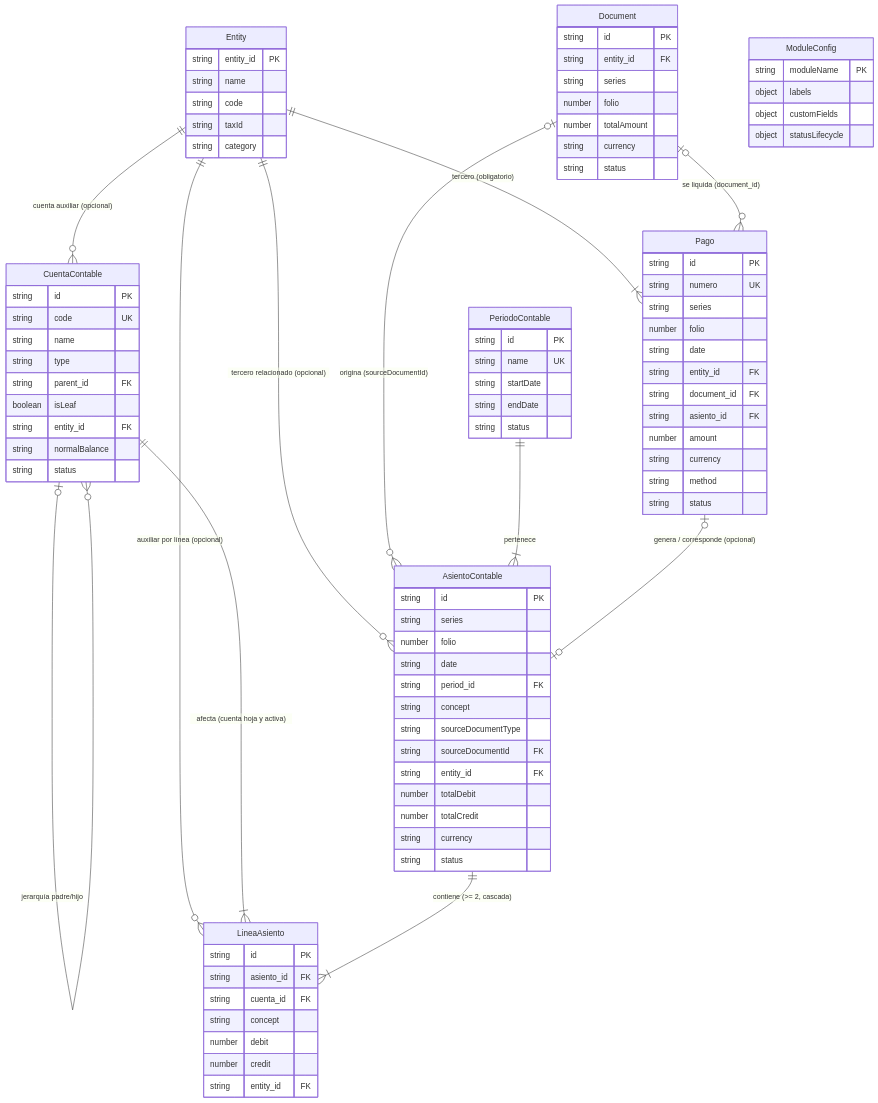
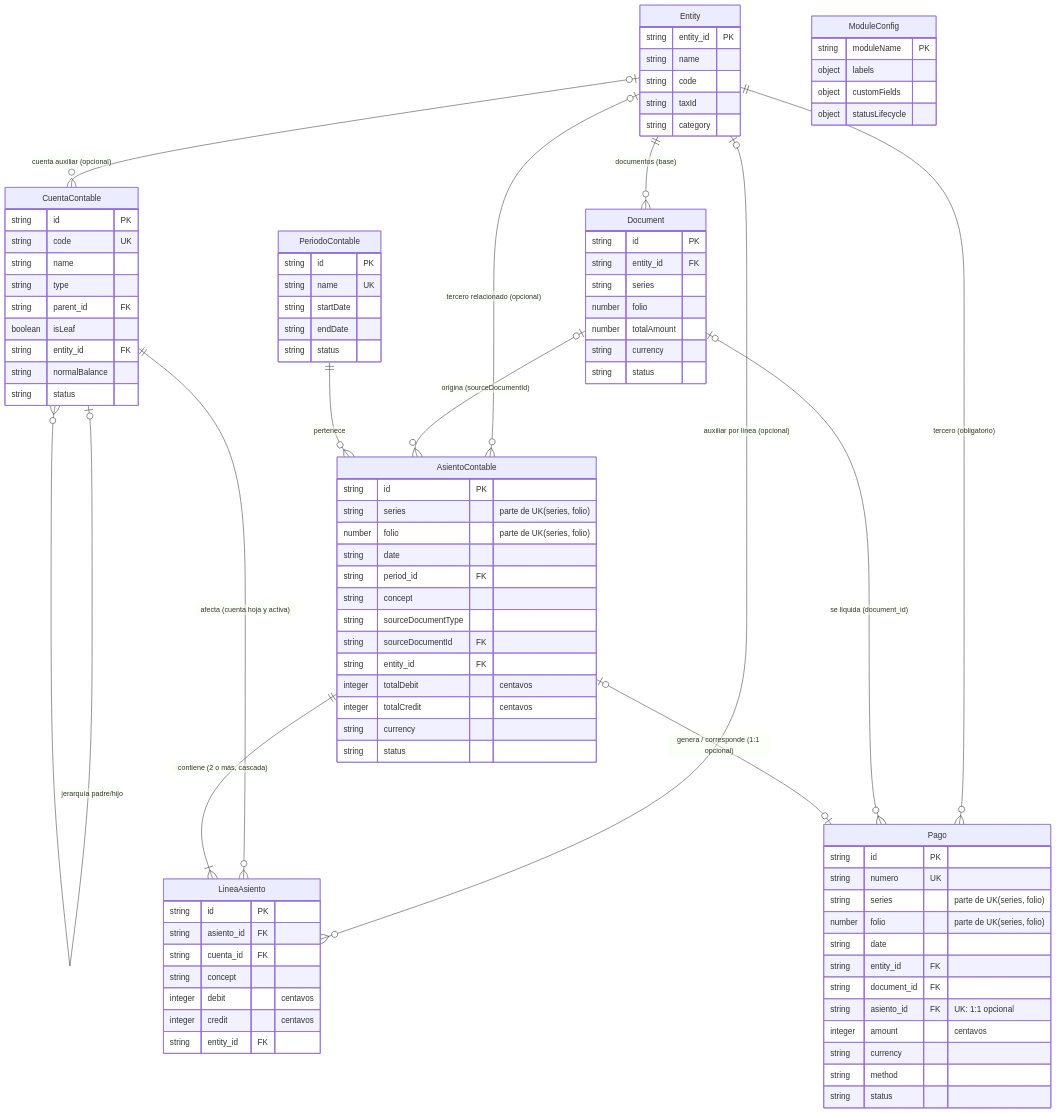
One commit to MDS-BI/Grupo-17 changed the diagram in specs/002-contabilidad-finanzas/diagrama.mmd. Above: the diagram before and after it, drawn with Mermaid. The commit also changed 3 other files, not shown here.

```diff
--- a/specs/002-contabilidad-finanzas/diagrama.mmd
+++ b/specs/002-contabilidad-finanzas/diagrama.mmd
@@ -1,91 +1,92 @@
 erDiagram
-    Entity ||--o{ CuentaContable : "cuenta auxiliar (opcional)"
-    Entity ||--o{ AsientoContable : "tercero relacionado (opcional)"
-    Entity ||--o{ LineaAsiento : "auxiliar por línea (opcional)"
-    Entity ||--|{ Pago : "tercero (obligatorio)"
+    Entity ||--o{ Document : "documentos (base)"
+    Entity |o--o{ CuentaContable : "cuenta auxiliar (opcional)"
+    Entity |o--o{ AsientoContable : "tercero relacionado (opcional)"
+    Entity |o--o{ LineaAsiento : "auxiliar por línea (opcional)"
+    Entity ||--o{ Pago : "tercero (obligatorio)"
     Document |o--o{ AsientoContable : "origina (sourceDocumentId)"
     Document |o--o{ Pago : "se liquida (document_id)"
-    PeriodoContable ||--|{ AsientoContable : "pertenece"
+    PeriodoContable ||--o{ AsientoContable : "pertenece"
     CuentaContable |o--o{ CuentaContable : "jerarquía padre/hijo"
-    CuentaContable ||--|{ LineaAsiento : "afecta (cuenta hoja y activa)"
-    AsientoContable ||--|{ LineaAsiento : "contiene (>= 2, cascada)"
-    Pago |o--o| AsientoContable : "genera / corresponde (opcional)"
+    CuentaContable ||--o{ LineaAsiento : "afecta (cuenta hoja y activa)"
+    AsientoContable ||--|{ LineaAsiento : "contiene (2 o más, cascada)"
+    AsientoContable |o--o| Pago : "genera / corresponde (1:1 opcional)"
 
     Entity {
         string entity_id PK
         string name
         string code
         string taxId
         string category
     }
     Document {
         string id PK
         string entity_id FK
         string series
         number folio
         number totalAmount
         string currency
         string status
     }
     ModuleConfig {
         string moduleName PK
         object labels
         object customFields
         object statusLifecycle
     }
     CuentaContable {
         string id PK
         string code UK
         string name
         string type
         string parent_id FK
         boolean isLeaf
         string entity_id FK
         string normalBalance
         string status
     }
     PeriodoContable {
         string id PK
         string name UK
         string startDate
         string endDate
         string status
     }
     AsientoContable {
         string id PK
-        string series
-        number folio
+        string series "parte de UK(series, folio)"
+        number folio "parte de UK(series, folio)"
         string date
         string period_id FK
         string concept
         string sourceDocumentType
         string sourceDocumentId FK
         string entity_id FK
-        number totalDebit
-        number totalCredit
+        integer totalDebit "centavos"
+        integer totalCredit "centavos"
         string currency
         string status
     }
     LineaAsiento {
         string id PK
         string asiento_id FK
         string cuenta_id FK
         string concept
-        number debit
-        number credit
+        integer debit "centavos"
+        integer credit "centavos"
         string entity_id FK
     }
     Pago {
         string id PK
         string numero UK
-        string series
-        number folio
+        string series "parte de UK(series, folio)"
+        number folio "parte de UK(series, folio)"
         string date
         string entity_id FK
         string document_id FK
-        string asiento_id FK
-        number amount
+        string asiento_id FK "UK: 1:1 opcional"
+        integer amount "centavos"
         string currency
         string method
         string status
     }
```
